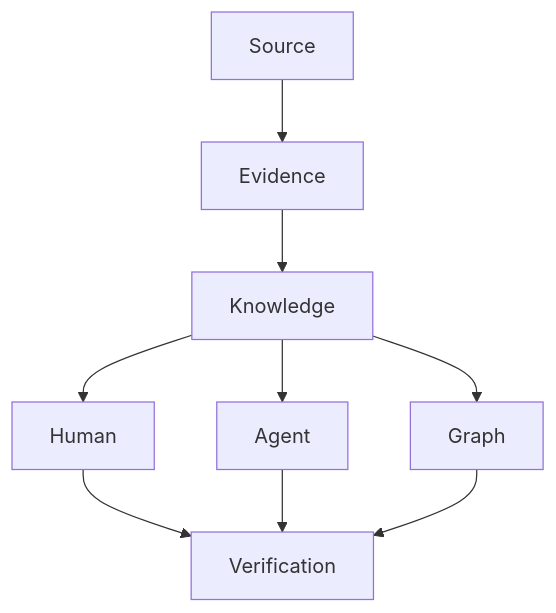
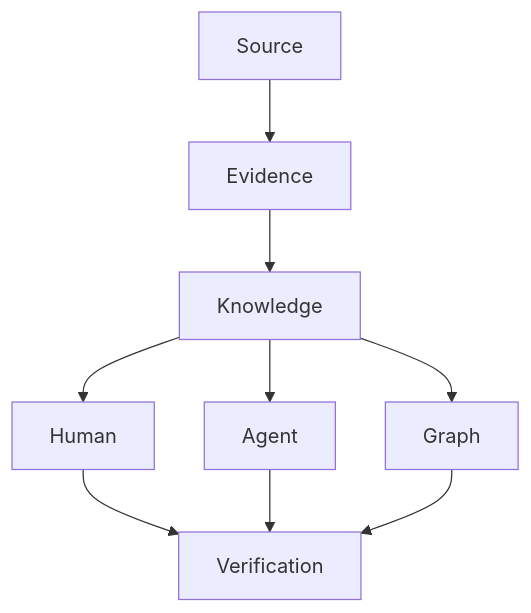
Before and after one commit to denchco/knowledge-base-wiki-standard: the diagram in docs/index.md, drawn with Mermaid. The commit also changed 8 other files, not shown here.

Commit message:
Bound Mermaid mobile layout and correct prerelease state

````diff
--- a/docs/index.md
+++ b/docs/index.md
@@ -21,20 +21,21 @@
 ```mermaid
+%%{init: {"flowchart": {"nodeSpacing": 40}}}%%
 flowchart TB
   accTitle: Governed knowledge base system
   accDescr: Source material becomes inspectable evidence and maintained knowledge. That knowledge serves separate Human, Agent, and Graph surfaces, whose paths converge on verification.
 
   S["Source"]
   E["Evidence"]
   C["Knowledge"]
   H["Human"]
   A["Agent"]
   G["Graph"]
   V["Verification"]
   S --> E --> C
   C --> H
   C --> A
   C --> G
   H --> V
   A --> V
   G --> V
 ```
````
